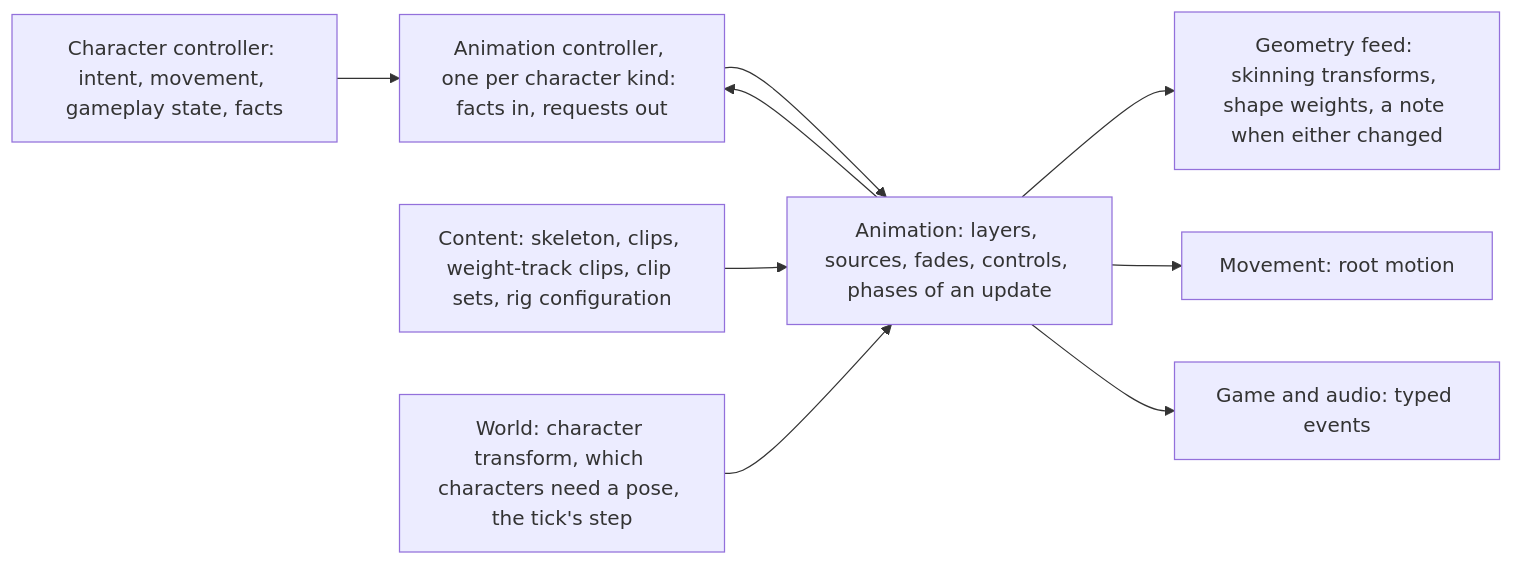
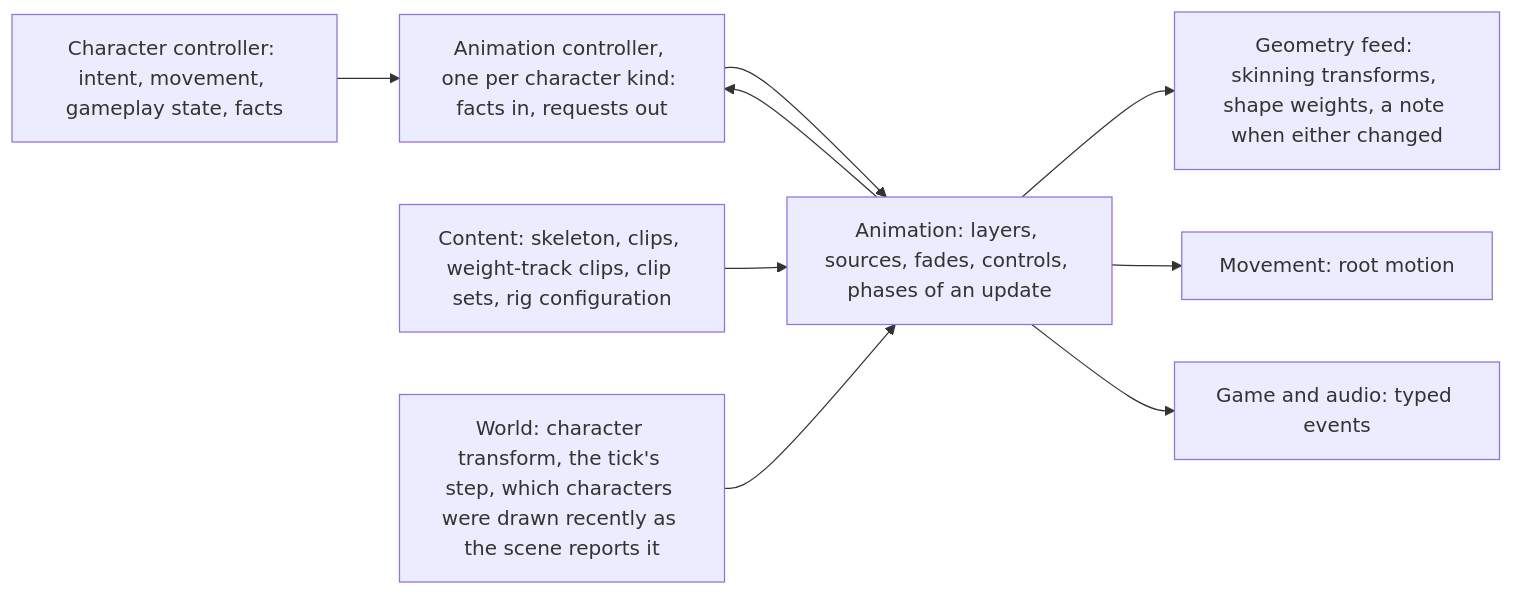
One commit to plainsight-systems/bullet-witch changed the first of 4 diagrams in docs/architecture/animation.md. Above: the diagram before and after it, drawn with Mermaid. The commit also changed other lines of this file and 2 other files, not shown here.

First line of the commit message:
State which characters are posed: a pose option per character and a drawn bit per skinned instance the scene reads back

````diff
--- a/docs/architecture/animation.md
+++ b/docs/architecture/animation.md
@@ -30,11 +33,11 @@
 ```mermaid
 flowchart LR
     CC["Character controller: intent, movement, gameplay state, facts"] --> AC["Animation controller, one per character kind: facts in, requests out"]
     AC --> AN["Animation: layers, sources, fades, controls, phases of an update"]
     CT["Content: skeleton, clips, weight-track clips, clip sets, rig configuration"] --> AN
-    W["World: character transform, which characters need a pose, the tick's step"] --> AN
+    W["World: character transform, the tick's step, which characters were drawn recently as the scene reports it"] --> AN
     AN --> GF["Geometry feed: skinning transforms, shape weights, a note when either changed"]
     AN --> MV["Movement: root motion"]
     AN --> EV["Game and audio: typed events"]
     AN --> AC
 ```
````
